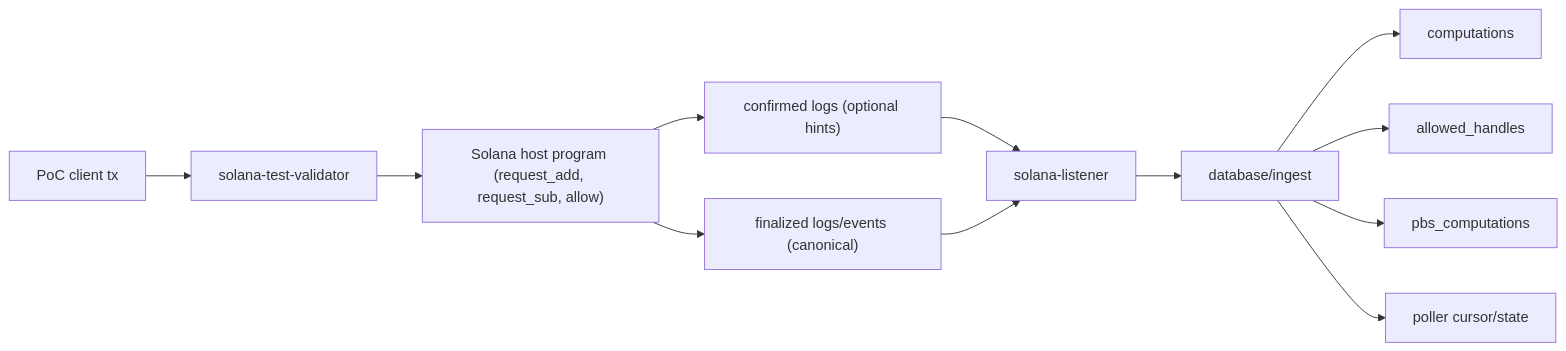
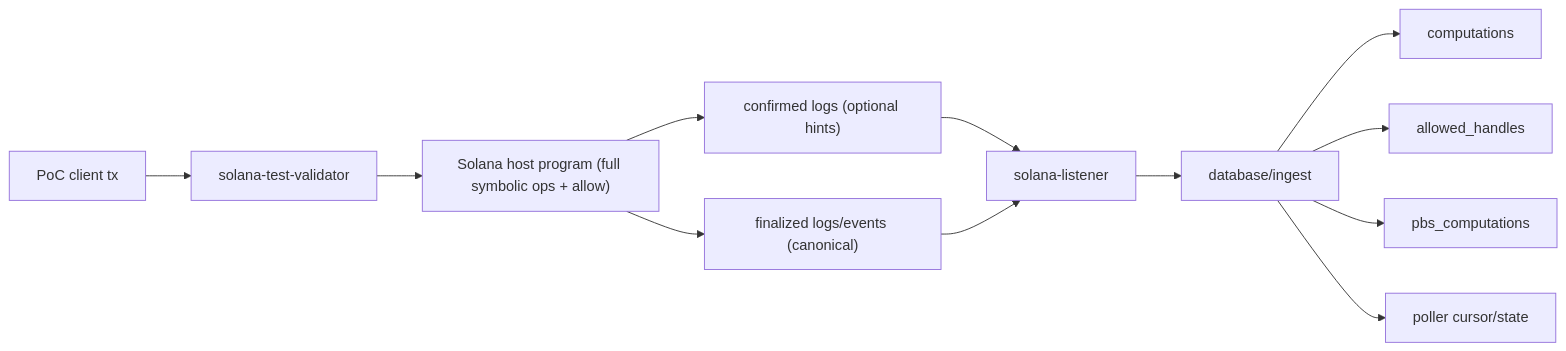
One commit to zama-ai/fhevm changed the second of 2 diagrams in docs/protocol/explorations/solana-host-listener/PLAN.md. Above: the diagram before and after it, drawn with Mermaid. The commit also changed other lines of this file and 5 other files, not shown here.

Commit message:
docs(solana): refresh plan, architecture, and issue-aligned status

````diff
--- a/docs/protocol/explorations/solana-host-listener/PLAN.md
+++ b/docs/protocol/explorations/solana-host-listener/PLAN.md
@@ -65,14 +65,14 @@
 ```mermaid
 flowchart LR
   U["PoC client tx"] --> V["solana-test-validator"]
-  V --> H["Solana host program (request_add, request_sub, allow)"]
+  V --> H["Solana host program (full symbolic ops + allow)"]
   H --> L["confirmed logs (optional hints)"]
   H --> P["finalized logs/events (canonical)"]
   L --> S["solana-listener"]
   P --> S
   S --> I["database/ingest"]
   I --> C1["computations"]
   I --> C2["allowed_handles"]
   I --> C3["pbs_computations"]
   I --> C4["poller cursor/state"]
 ```
````
